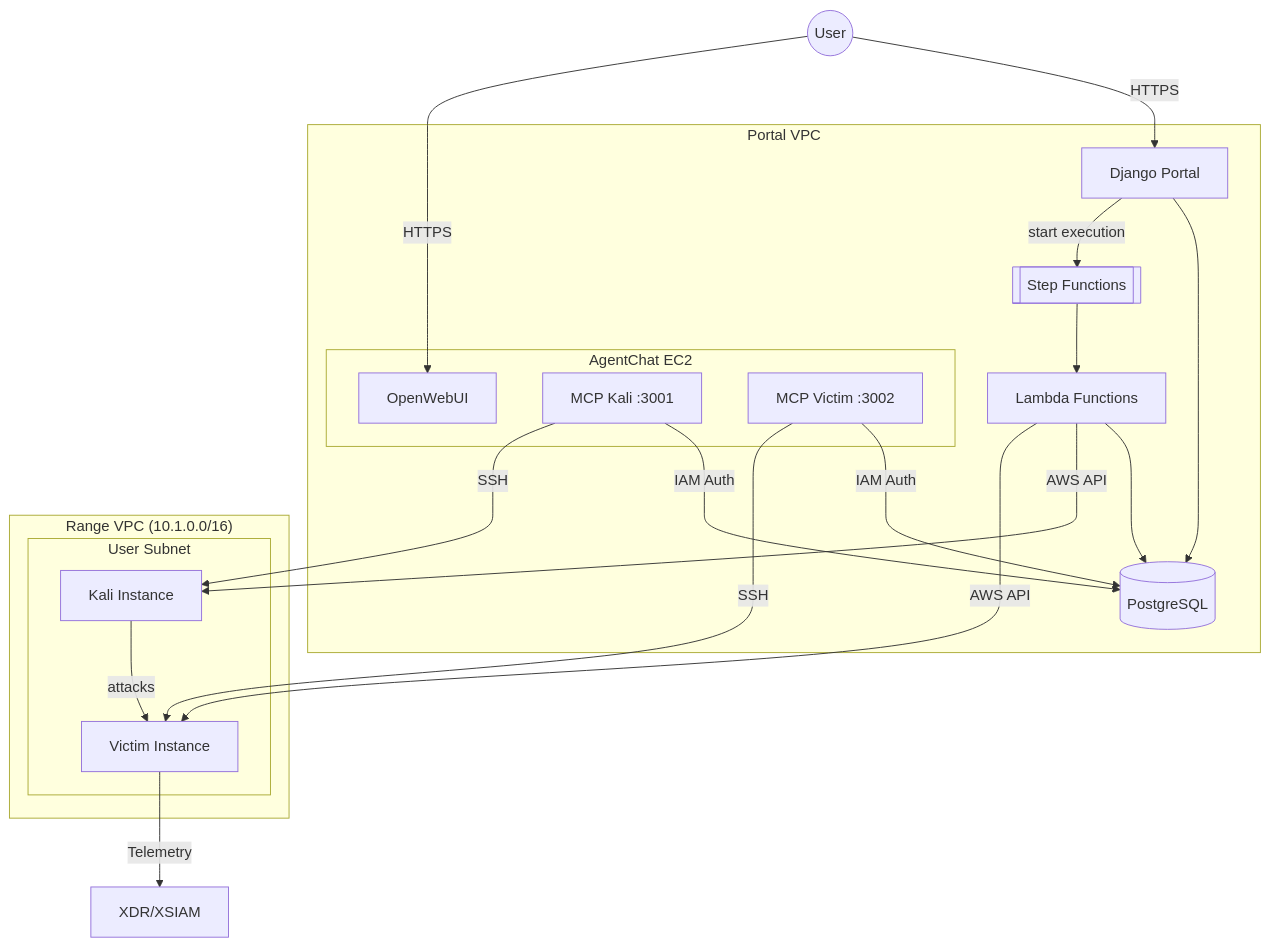
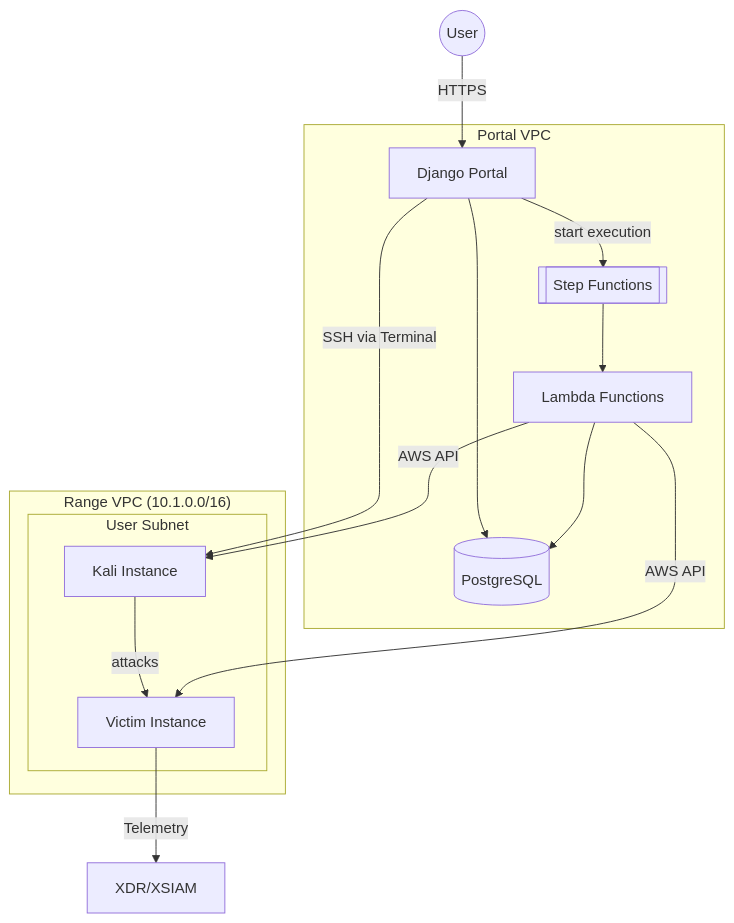
Before and after one commit to PaloAltoNetworks/shifter: the first of 5 diagrams in docs/src/architecture.md, drawn with Mermaid. The commit also changed other lines of this file and 155 other files, not shown here.

````diff
--- a/docs/src/architecture.md
+++ b/docs/src/architecture.md
@@ -12,36 +12,27 @@
 ```mermaid
 graph TB
     subgraph "Portal VPC"
         Portal[Django Portal]
         RDS[(PostgreSQL)]
         StepFn[[Step Functions]]
         Lambda[Lambda Functions]
-        subgraph "AgentChat EC2"
-            ChatUI[OpenWebUI]
-            MCP_K[MCP Kali :3001]
-            MCP_V[MCP Victim :3002]
-        end
         Portal --> RDS
         Portal -->|start execution| StepFn
         StepFn --> Lambda
         Lambda --> RDS
-        MCP_K -->|IAM Auth| RDS
-        MCP_V -->|IAM Auth| RDS
     end
 
     subgraph "Range VPC (10.1.0.0/16)"
         subgraph "User Subnet"
             Kali[Kali Instance]
             Victim[Victim Instance]
             Kali -->|attacks| Victim
         end
     end
 
     User((User)) -->|HTTPS| Portal
-    User -->|HTTPS| ChatUI
-    MCP_K -->|SSH| Kali
-    MCP_V -->|SSH| Victim
+    Portal -->|SSH via Terminal| Kali
     Lambda -->|AWS API| Kali
     Lambda -->|AWS API| Victim
     Victim -->|Telemetry| XDR[XDR/XSIAM]
 ```
````
